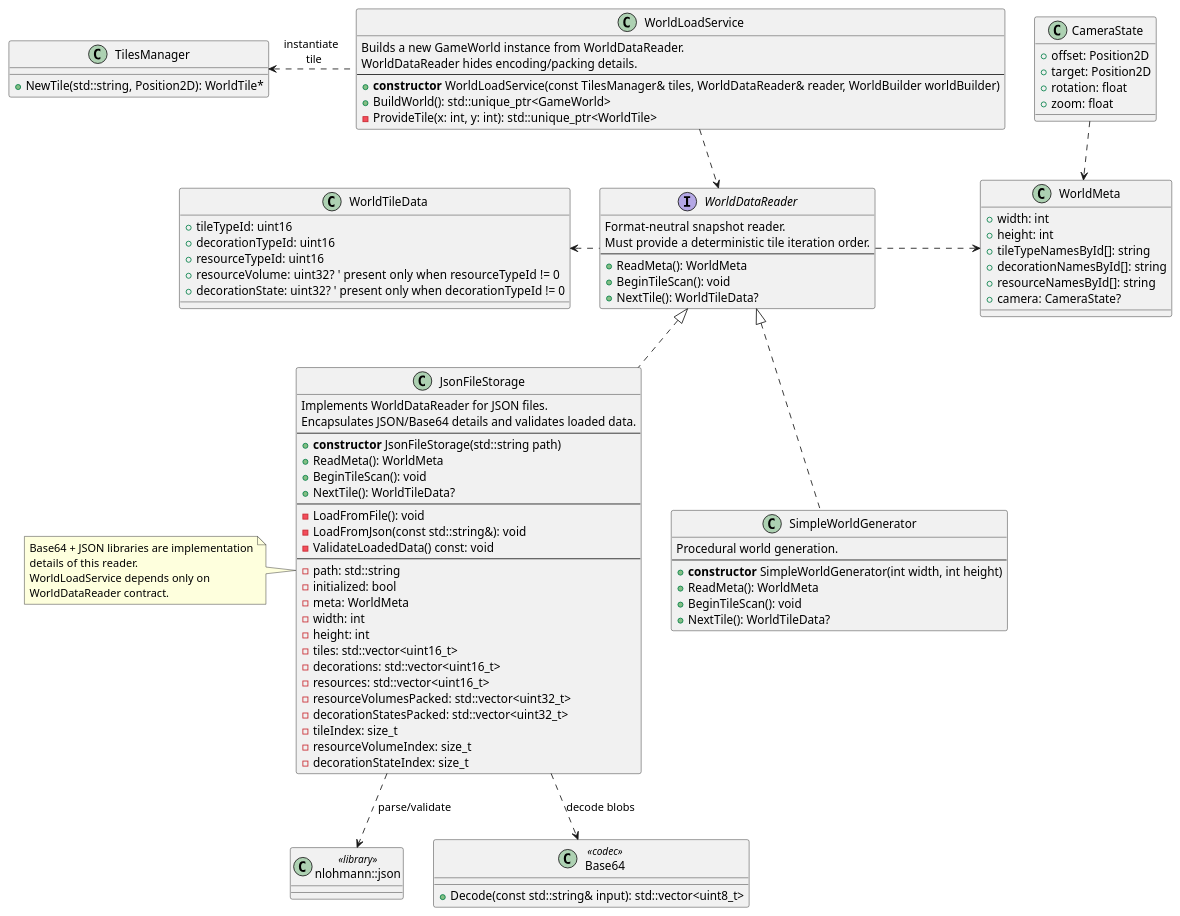
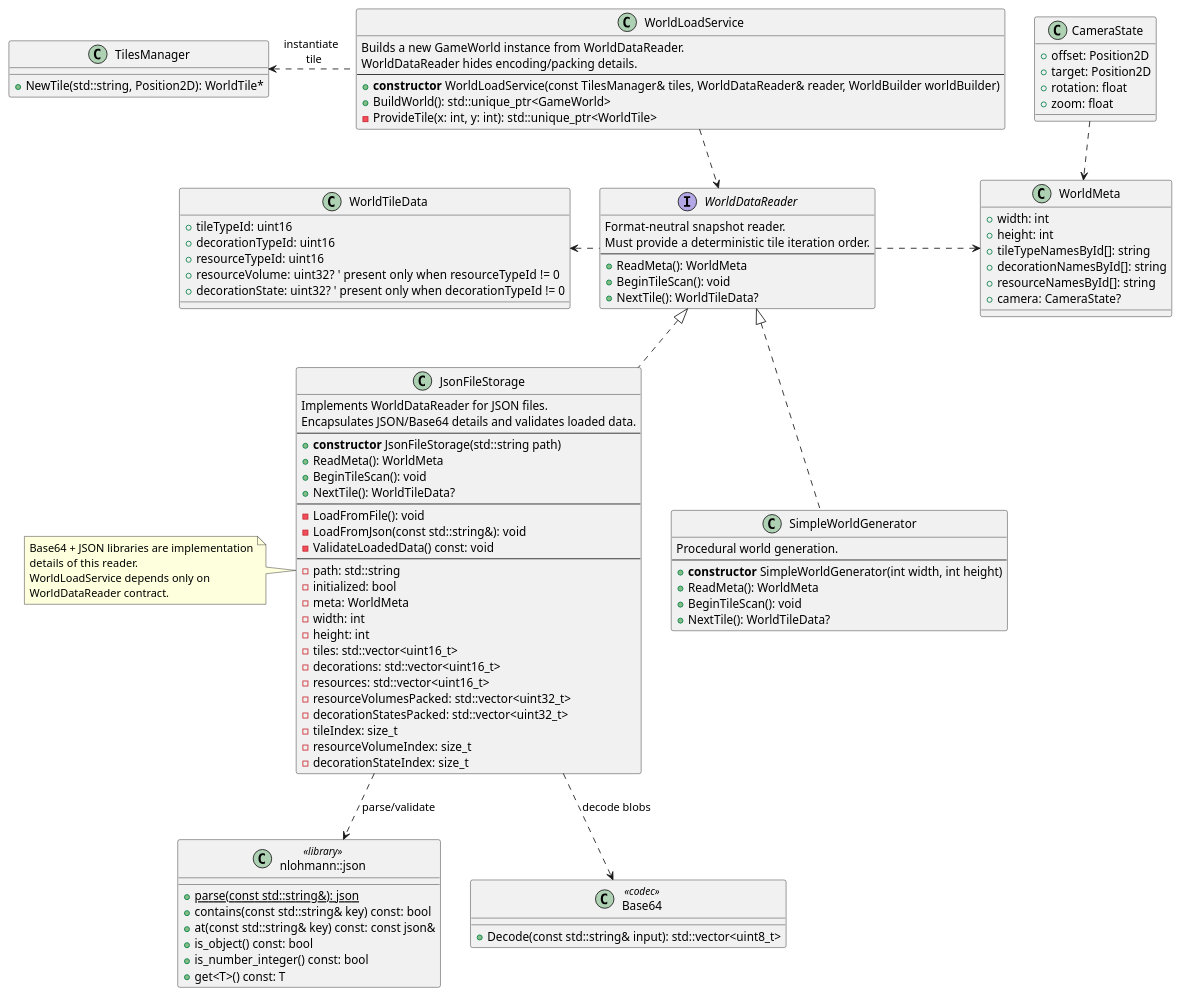
The third of 5 diagrams in raylib-my/docs/world_persistence_service.md (neverthedev/tile-game), drawn with PlantUML before and after one commit. The commit also changed other lines of this file and 24 other files, not shown here.

```diff
--- a/raylib-my/docs/world_persistence_service.md
+++ b/raylib-my/docs/world_persistence_service.md
@@ -292,7 +304,14 @@
 }
 WorldDataReader <|.. JsonFileStorage
 
-class "nlohmann::json" as NlohmannJson <<library>>
+class "nlohmann::json" as NlohmannJson <<library>> {
+  + {static} parse(const std::string&): json
+  + contains(const std::string& key) const: bool
+  + at(const std::string& key) const: const json&
+  + is_object() const: bool
+  + is_number_integer() const: bool
+  + get<T>() const: T
+}
 class Base64 <<codec>> {
   + Decode(const std::string& input): std::vector<uint8_t>
 }
```
